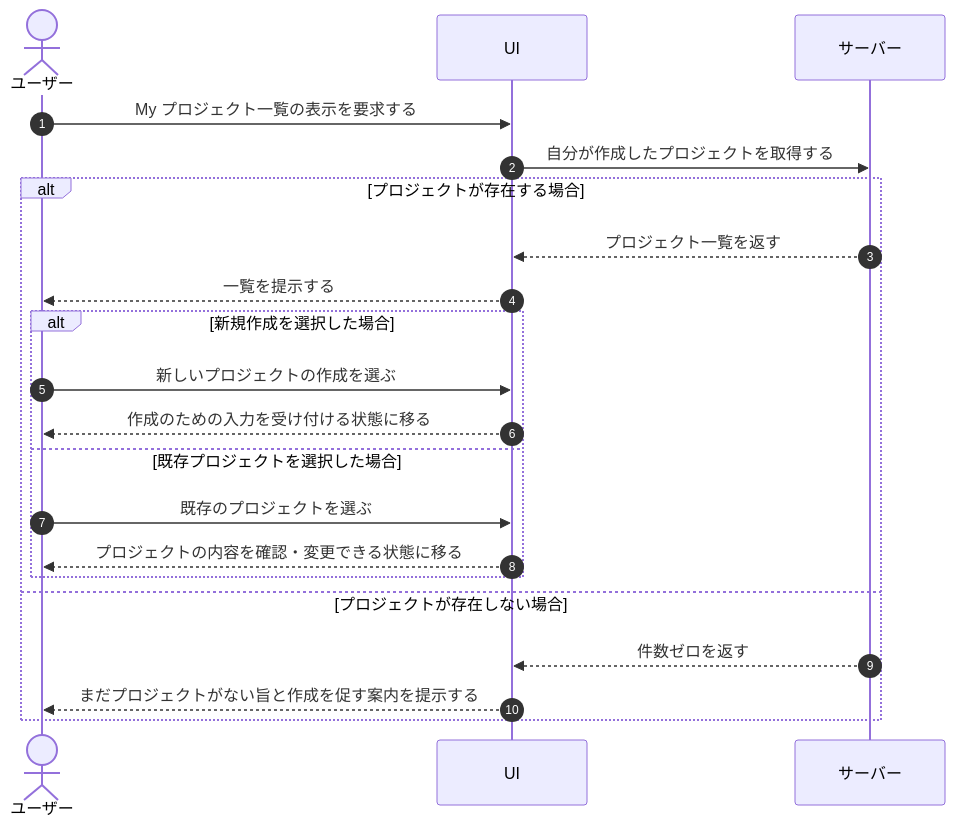
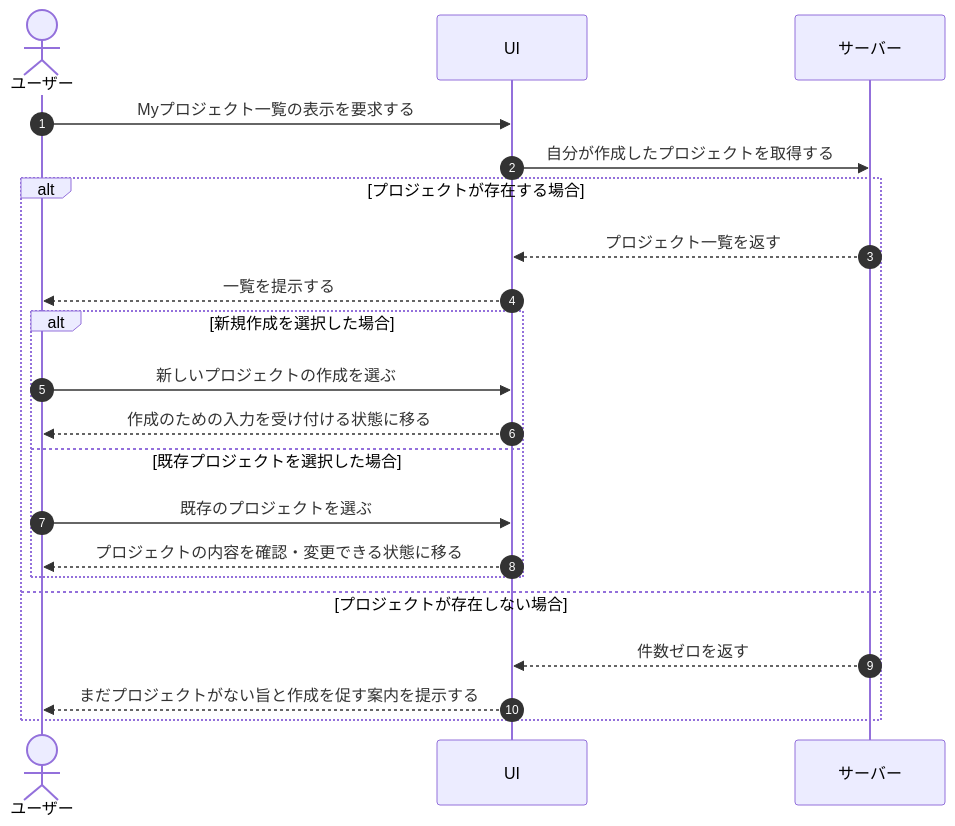
Before and after one commit to sikakou54/open-faq: the diagram in 01_requirements/04_business_usecases/UC-014.md, drawn with Mermaid. The commit also changed other lines of this file and 395 other files, not shown here.

````diff
--- a/01_requirements/04_business_usecases/UC-014.md
+++ b/01_requirements/04_business_usecases/UC-014.md
@@ -29,23 +29,23 @@
 ```mermaid
 sequenceDiagram
   autonumber
   actor U as ユーザー
   participant UI as UI
   participant S as サーバー
-  U->>UI: My プロジェクト一覧の表示を要求する
+  U->>UI: Myプロジェクト一覧の表示を要求する
   UI->>S: 自分が作成したプロジェクトを取得する
   alt プロジェクトが存在する場合
     S-->>UI: プロジェクト一覧を返す
     UI-->>U: 一覧を提示する
     alt 新規作成を選択した場合
       U->>UI: 新しいプロジェクトの作成を選ぶ
       UI-->>U: 作成のための入力を受け付ける状態に移る
     else 既存プロジェクトを選択した場合
       U->>UI: 既存のプロジェクトを選ぶ
       UI-->>U: プロジェクトの内容を確認・変更できる状態に移る
     end
   else プロジェクトが存在しない場合
     S-->>UI: 件数ゼロを返す
     UI-->>U: まだプロジェクトがない旨と作成を促す案内を提示する
   end
 ```
````
